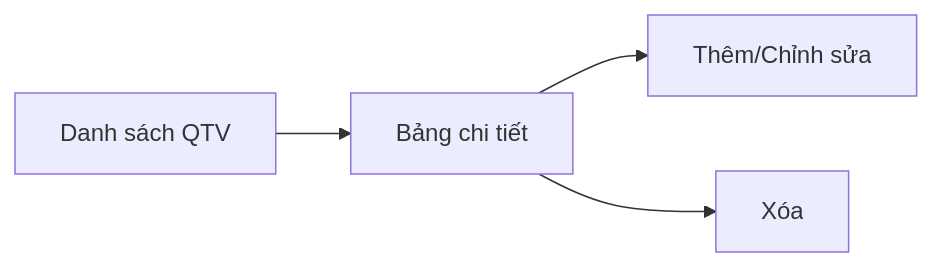
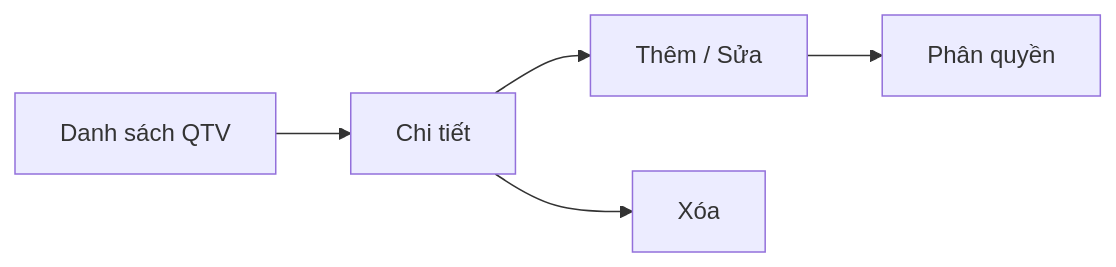
One commit to ldphu410/Analyze changed the diagram in Result/modules/quan-ly-qtv.md. Above: the diagram before and after it, drawn with Mermaid. The commit also changed other lines of this file and 64 other files, not shown here.

````diff
--- a/Result/modules/quan-ly-qtv.md
+++ b/Result/modules/quan-ly-qtv.md
@@ -81,6 +69,7 @@
 ```mermaid
 flowchart LR
-  List[Danh sách QTV] --> Detail[Bảng chi tiết]
-  Detail --> Edit[Thêm/Chỉnh sửa]
+  List[Danh sách QTV] --> Detail[Chi tiết]
+  Detail --> Edit[Thêm / Sửa]
   Detail --> Delete[Xóa]
+  Edit --> Role[Phân quyền]
 ```
````
